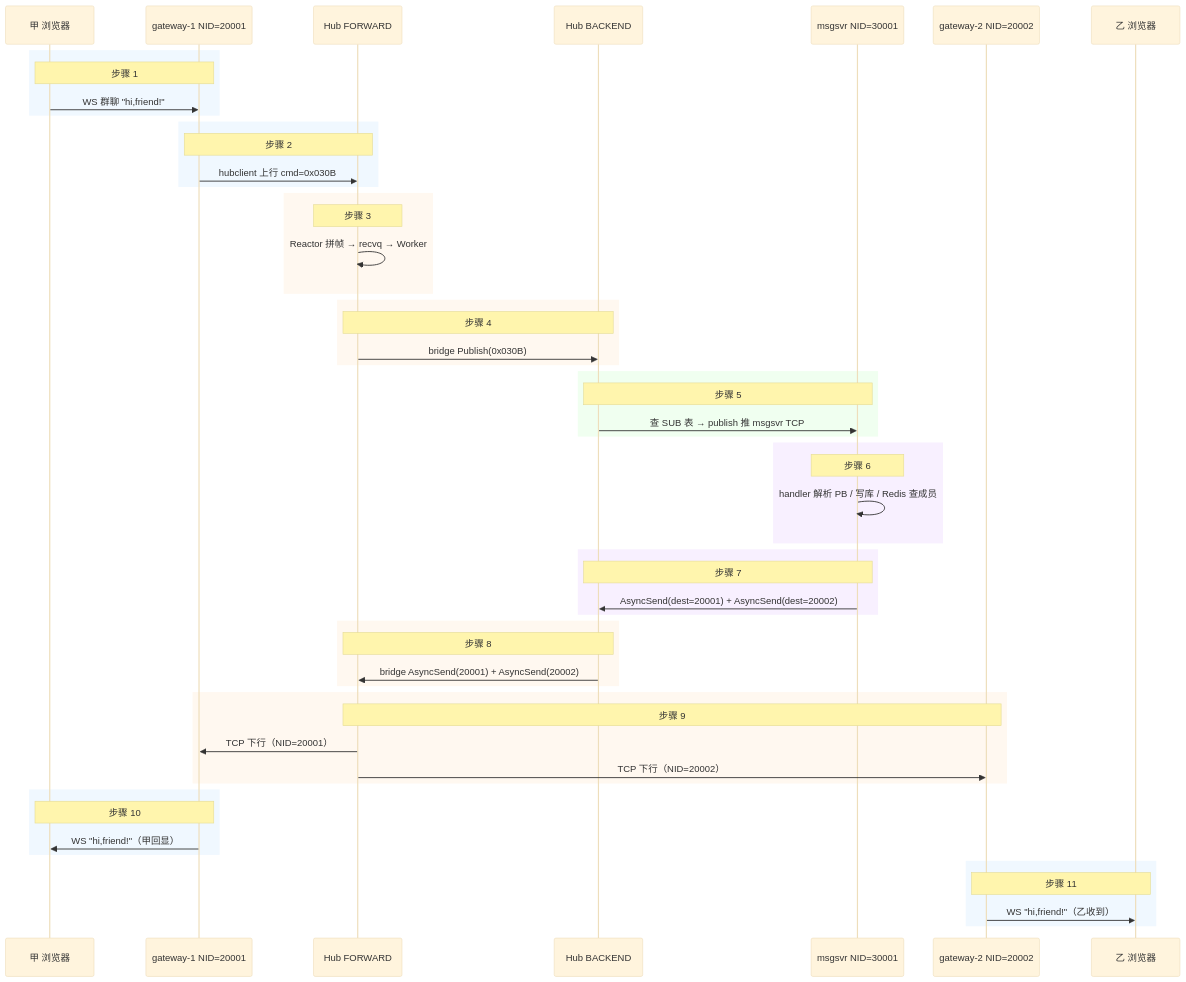
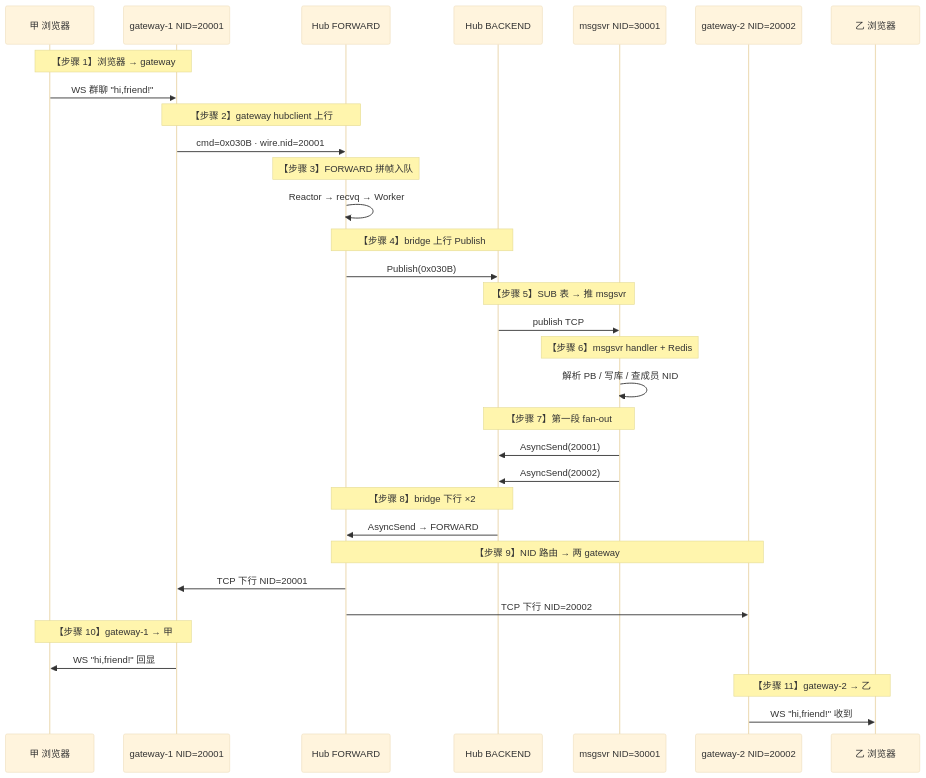
The second of 2 diagrams in doc/doway/群聊的订阅关系梳理.md (sunchao1/hi-im-core), drawn with Mermaid (base theme) before and after one commit. The commit also changed other lines of this file, not shown here.

Commit message:
修改

````diff
--- a/doc/doway/群聊的订阅关系梳理.md
+++ b/doc/doway/群聊的订阅关系梳理.md
@@ -118,66 +118,45 @@
 ```mermaid
 sequenceDiagram
   participant A as 甲 浏览器
   participant G1 as gateway-1 NID=20001
   participant HF as Hub FORWARD
   participant HB as Hub BACKEND
   participant MS as msgsvr NID=30001
   participant G2 as gateway-2 NID=20002
   participant B as 乙 浏览器
 
-  rect rgb(240,248,255)
-    Note over A,G1: 步骤 1
-    A->>G1: WS 群聊 "hi,friend!"
-  end
+  Note over A,G1: 【步骤 1】浏览器 → gateway
+  A->>G1: WS 群聊 "hi,friend!"
 
-  rect rgb(240,248,255)
-    Note over G1,HF: 步骤 2
-    G1->>HF: hubclient 上行 cmd=0x030B
-  end
+  Note over G1,HF: 【步骤 2】gateway hubclient 上行
+  G1->>HF: cmd=0x030B · wire.nid=20001
 
-  rect rgb(255,248,240)
-    Note over HF: 步骤 3
-    HF->>HF: Reactor 拼帧 → recvq → Worker
-  end
+  Note over HF: 【步骤 3】FORWARD 拼帧入队
+  HF->>HF: Reactor → recvq → Worker
 
-  rect rgb(255,248,240)
-    Note over HF,HB: 步骤 4
-    HF->>HB: bridge Publish(0x030B)
-  end
+  Note over HF,HB: 【步骤 4】bridge 上行 Publish
+  HF->>HB: Publish(0x030B)
 
-  rect rgb(240,255,240)
-    Note over HB,MS: 步骤 5
-    HB->>MS: 查 SUB 表 → publish 推 msgsvr TCP
-  end
+  Note over HB,MS: 【步骤 5】SUB 表 → 推 msgsvr
+  HB->>MS: publish TCP
 
-  rect rgb(248,240,255)
-    Note over MS: 步骤 6
-    MS->>MS: handler 解析 PB / 写库 / Redis 查成员
-  end
+  Note over MS: 【步骤 6】msgsvr handler + Redis
+  MS->>MS: 解析 PB / 写库 / 查成员 NID
 
-  rect rgb(248,240,255)
-    Note over MS,HB: 步骤 7
-    MS->>HB: AsyncSend(dest=20001) + AsyncSend(dest=20002)
-  end
+  Note over MS,HB: 【步骤 7】第一段 fan-out
+  MS->>HB: AsyncSend(20001)
+  MS->>HB: AsyncSend(20002)
 
-  rect rgb(255,248,240)
-    Note over HB,HF: 步骤 8
-    HB->>HF: bridge AsyncSend(20001) + AsyncSend(20002)
-  end
+  Note over HB,HF: 【步骤 8】bridge 下行 ×2
+  HB->>HF: AsyncSend → FORWARD
 
-  rect rgb(255,248,240)
-    Note over HF,G2: 步骤 9
-    HF->>G1: TCP 下行（NID=20001）
-    HF->>G2: TCP 下行（NID=20002）
-  end
+  Note over HF,G2: 【步骤 9】NID 路由 → 两 gateway
+  HF->>G1: TCP 下行 NID=20001
+  HF->>G2: TCP 下行 NID=20002
 
-  rect rgb(240,248,255)
-    Note over G1,A: 步骤 10
-    G1->>A: WS "hi,friend!"（甲回显）
-  end
+  Note over G1,A: 【步骤 10】gateway-1 → 甲
+  G1->>A: WS "hi,friend!" 回显
 
-  rect rgb(240,248,255)
-    Note over G2,B: 步骤 11
-    G2->>B: WS "hi,friend!"（乙收到）
-  end
+  Note over G2,B: 【步骤 11】gateway-2 → 乙
+  G2->>B: WS "hi,friend!" 收到
 ```
````
